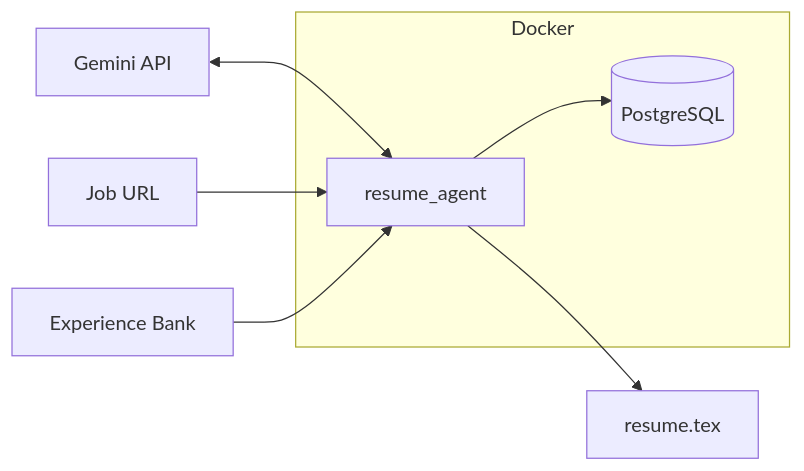
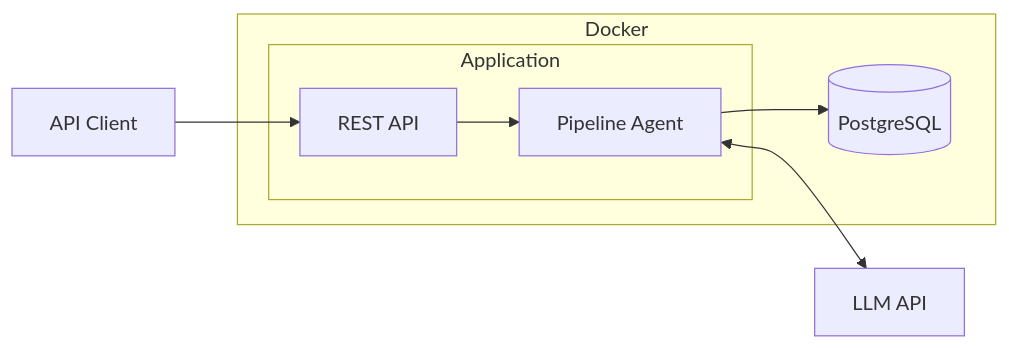
One commit to jonkmatsumo/resume-customizer changed the first of 2 diagrams in README.md. Above: the diagram before and after it, drawn with Mermaid. The commit also changed other lines of this file and 4 other files, not shown here.

````diff
--- a/README.md
+++ b/README.md
@@ -20,13 +21,15 @@
 ```mermaid
 flowchart LR
     subgraph Docker
         DB[(PostgreSQL)]
-        APP[resume_agent]
+        subgraph Application
+            API[REST API]
+            AGENT[Pipeline Agent]
+        end
     end
     
-    LLM[Gemini API] <--> APP
-    JOB[Job URL] --> APP
-    EXP[Experience Bank] --> APP
-    APP --> DB
-    APP --> TEX[resume.tex]
+    USER[API Client] --> API
+    API --> AGENT
+    AGENT <--> LLM[LLM API]
+    AGENT --> DB
 ```
````
